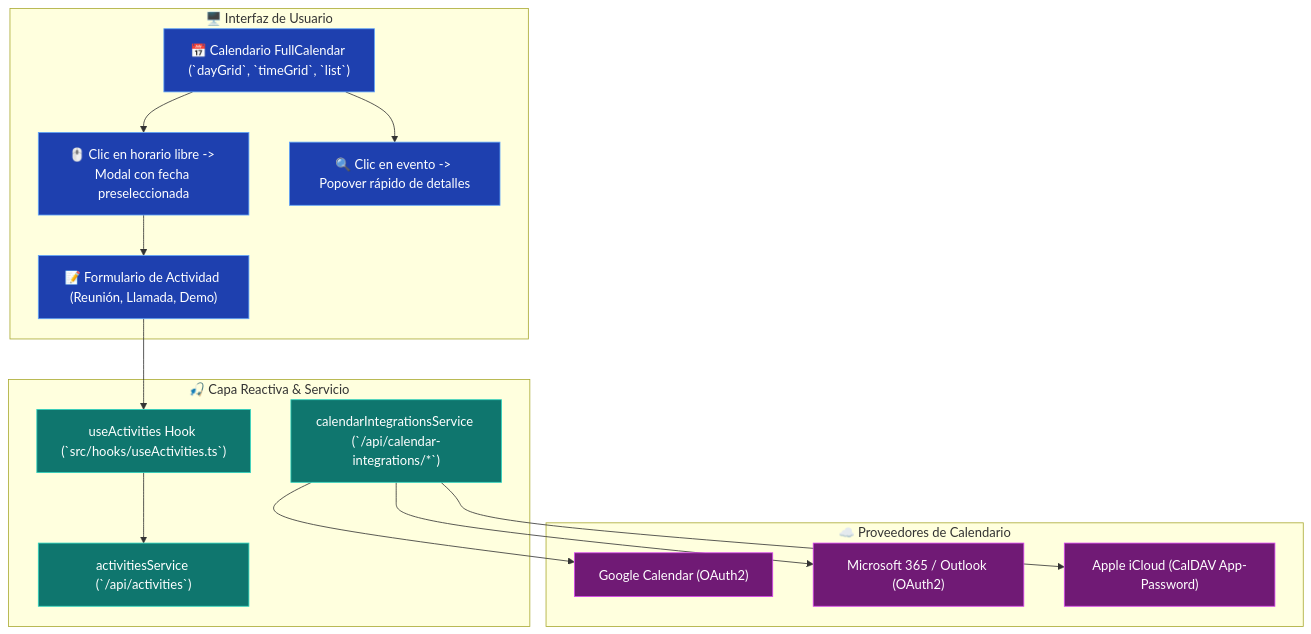
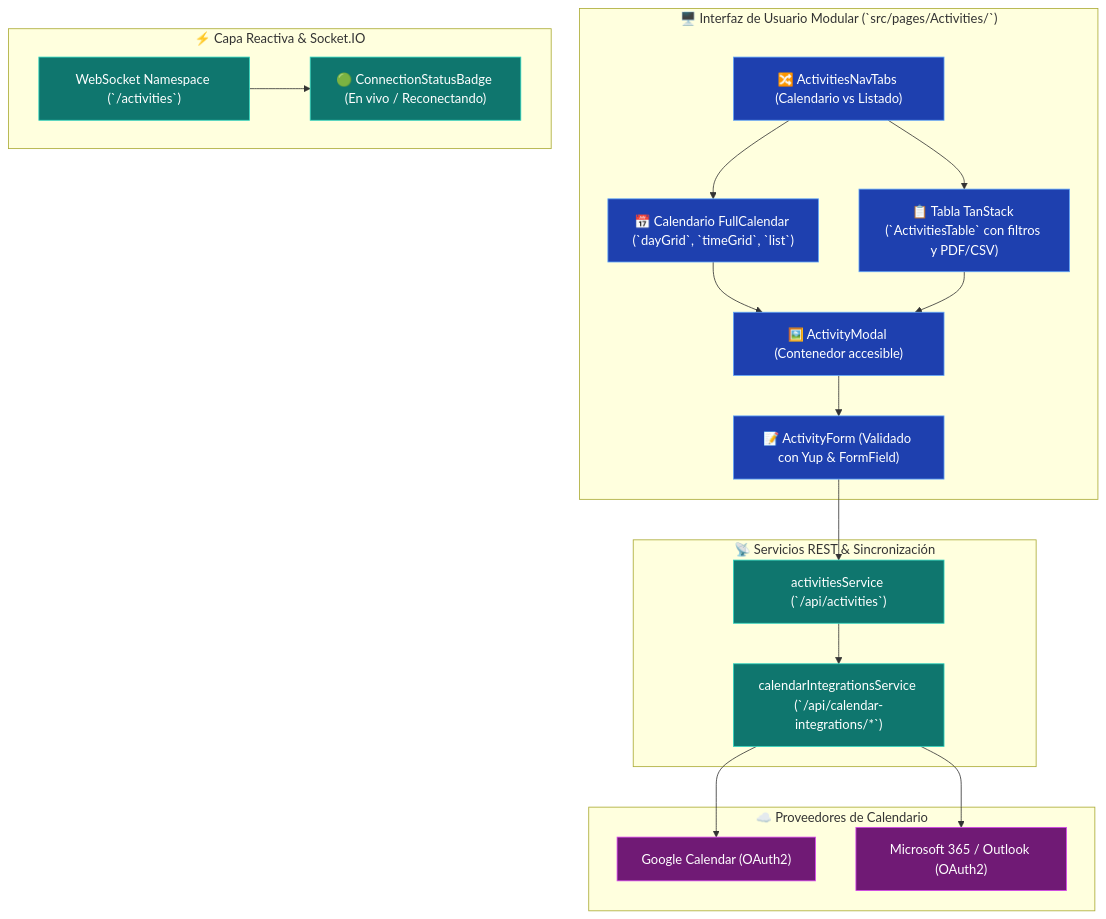
The diagram in Proyectos/CRM TIBS - Calendario FullCalendar & Actividades.md (DesarrolloTibs/crm-tibs-app), drawn with Mermaid before and after one commit. The commit also changed other lines of this file and 37 other files, not shown here.

````diff
--- a/Proyectos/CRM TIBS - Calendario FullCalendar & Actividades.md
+++ b/Proyectos/CRM TIBS - Calendario FullCalendar & Actividades.md
@@ -23,39 +48,44 @@
 ```mermaid
 flowchart TD
-    subgraph UI ["🖥️ Interfaz de Usuario"]
+    subgraph UI ["🖥️ Interfaz de Usuario Modular (`src/pages/Activities/`)"]
+        NavTabs["🔀 ActivitiesNavTabs (Calendario vs Listado)"]
         CalView["📅 Calendario FullCalendar (`dayGrid`, `timeGrid`, `list`)"]
-        ClickSlot["🖱️ Clic en horario libre -> Modal con fecha preseleccionada"]
-        ClickEvent["🔍 Clic en evento -> Popover rápido de detalles"]
-        Form["📝 Formulario de Actividad (Reunión, Llamada, Demo)"]
+        TableView["📋 Tabla TanStack (`ActivitiesTable` con filtros y PDF/CSV)"]
+        Modal["🖼️ ActivityModal (Contenedor accesible)"]
+        Form["📝 ActivityForm (Validado con Yup & FormField)"]
     end
 
-    subgraph HookService ["🎣 Capa Reactiva & Servicio"]
-        Hook["useActivities Hook (`src/hooks/useActivities.ts`)"]
+    subgraph ReactiveWS ["⚡ Capa Reactiva & Socket.IO"]
+        WS["WebSocket Namespace (`/activities`)"]
+        Badges["🟢 ConnectionStatusBadge (En vivo / Reconectando)"]
+    end
+
+    subgraph Services ["📡 Servicios REST & Sincronización"]
         ActService["activitiesService (`/api/activities`)"]
         SyncService["calendarIntegrationsService (`/api/calendar-integrations/*`)"]
     end
 
     subgraph ProveedoresExternos ["☁️ Proveedores de Calendario"]
         Google["Google Calendar (OAuth2)"]
         Outlook["Microsoft 365 / Outlook (OAuth2)"]
-        iCloud["Apple iCloud (CalDAV App-Password)"]
     end
 
-    CalView --> ClickSlot
-    CalView --> ClickEvent
-    ClickSlot --> Form
-    Form --> Hook
-    Hook --> ActService
-
+    NavTabs --> CalView
+    NavTabs --> TableView
+    CalView --> Modal
+    TableView --> Modal
+    Modal --> Form
+    Form --> ActService
+    WS --> Badges
+    ActService --> SyncService
     SyncService --> Google
     SyncService --> Outlook
-    SyncService --> iCloud
 
     classDef ui fill:#1e40af,stroke:#60a5fa,color:#fff;
-    classDef hook fill:#0f766e,stroke:#2dd4bf,color:#fff;
+    classDef ws fill:#0f766e,stroke:#2dd4bf,color:#fff;
     classDef cloud fill:#701a75,stroke:#d946ef,color:#fff;
 
-    class CalView,ClickSlot,ClickEvent,Form ui;
-    class Hook,ActService,SyncService hook;
-    class Google,Outlook,iCloud cloud;
+    class NavTabs,CalView,TableView,Modal,Form ui;
+    class WS,Badges,ActService,SyncService ws;
+    class Google,Outlook cloud;
 ```
````
